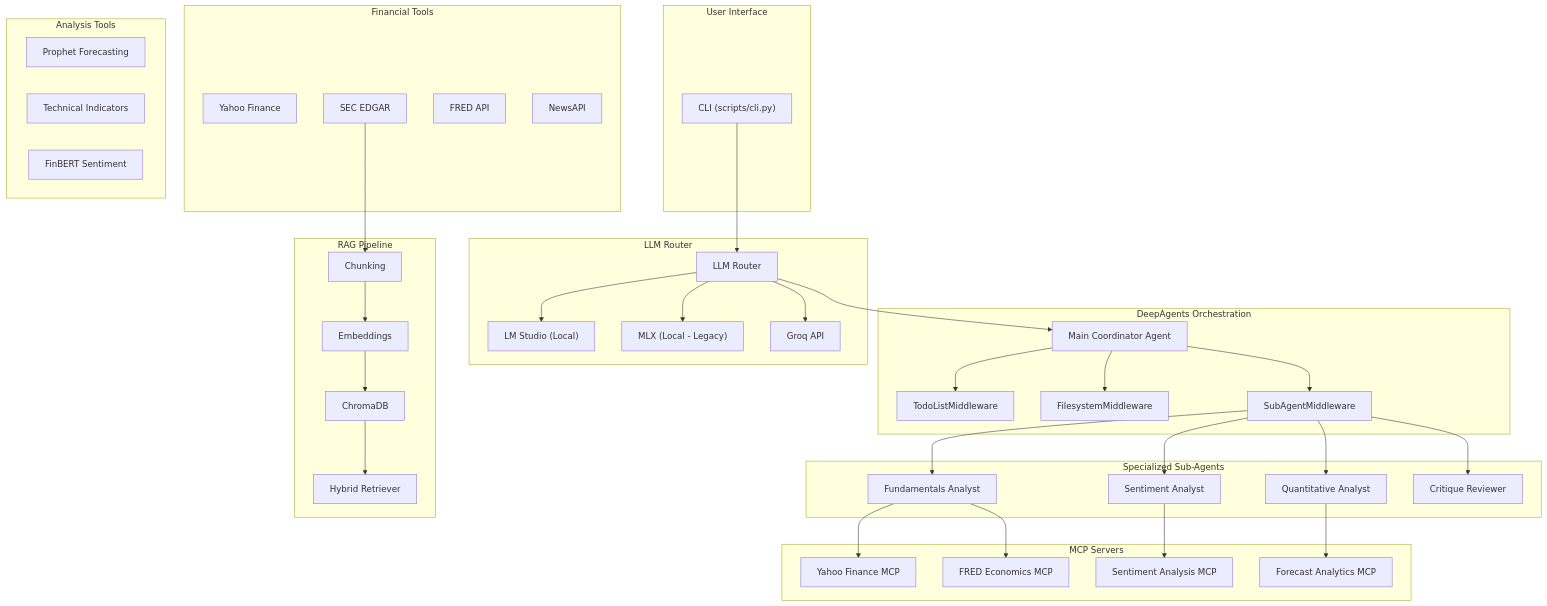
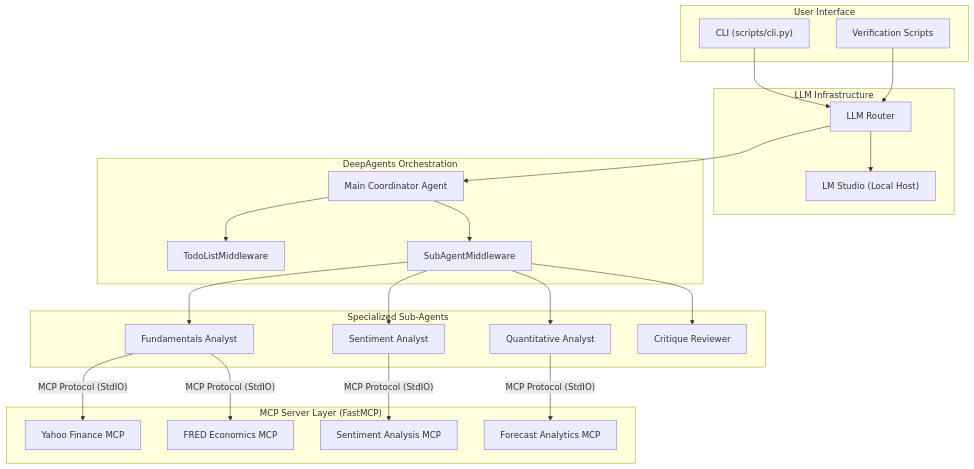
Before and after one commit to kaushikkumarkr/Quant-Deepagent: the first of 2 diagrams in README.md, drawn with Mermaid.

Commit message:
docs: update system architecture diagram for MCP

````diff
--- a/README.md
+++ b/README.md
@@ -7,75 +7,48 @@
 ```mermaid
 graph TB
     subgraph "User Interface"
         CLI["CLI (scripts/cli.py)"]
+        Verify["Verification Scripts"]
     end
 
-    subgraph "LLM Router"
+    subgraph "LLM Infrastructure"
         Router["LLM Router"]
-        LMStudio["LM Studio (Local)"]
-        MLX["MLX (Local - Legacy)"]
-        Groq["Groq API"]
+        LMStudio["LM Studio (Local Host)"]
         Router --> LMStudio
-        Router --> MLX
-        Router --> Groq
     end
 
     subgraph "DeepAgents Orchestration"
         Main["Main Coordinator Agent"]
         Todo["TodoListMiddleware"]
-        FS["FilesystemMiddleware"]
         Sub["SubAgentMiddleware"]
         Main --> Todo
-        Main --> FS
         Main --> Sub
     end
 
     subgraph "Specialized Sub-Agents"
         FA["Fundamentals Analyst"]
         SA["Sentiment Analyst"]
         QA["Quantitative Analyst"]
         CR["Critique Reviewer"]
     end
 
-    subgraph "Financial Tools"
-        YF["Yahoo Finance"]
-        SEC["SEC EDGAR"]
-        FRED["FRED API"]
-        News["NewsAPI"]
-    end
-
-    subgraph "Analysis Tools"
-        Prophet["Prophet Forecasting"]
-        Tech["Technical Indicators"]
-        FinBERT["FinBERT Sentiment"]
-    end
-
-    subgraph "MCP Servers"
+    subgraph "MCP Server Layer (FastMCP)"
         YahooMCP["Yahoo Finance MCP"]
         FredMCP["FRED Economics MCP"]
         SentMCP["Sentiment Analysis MCP"]
         CastMCP["Forecast Analytics MCP"]
     end
 
-    subgraph "RAG Pipeline"
-        Embed["Embeddings"]
-        Chunk["Chunking"]
-        Vector["ChromaDB"]
-        Retrieve["Hybrid Retriever"]
-    end
-
     CLI --> Router
+    Verify --> Router
     Router --> Main
     Sub --> FA
     Sub --> SA
     Sub --> QA
     Sub --> CR
-    FA --> YahooMCP
-    FA --> FredMCP
-    SA --> SentMCP
-    QA --> CastMCP
-    SEC --> Chunk
-    Chunk --> Embed
-    Embed --> Vector
-    Vector --> Retrieve
+    
+    FA -- "MCP Protocol (StdIO)" --> YahooMCP
+    FA -- "MCP Protocol (StdIO)" --> FredMCP
+    SA -- "MCP Protocol (StdIO)" --> SentMCP
+    QA -- "MCP Protocol (StdIO)" --> CastMCP
 ```
````
